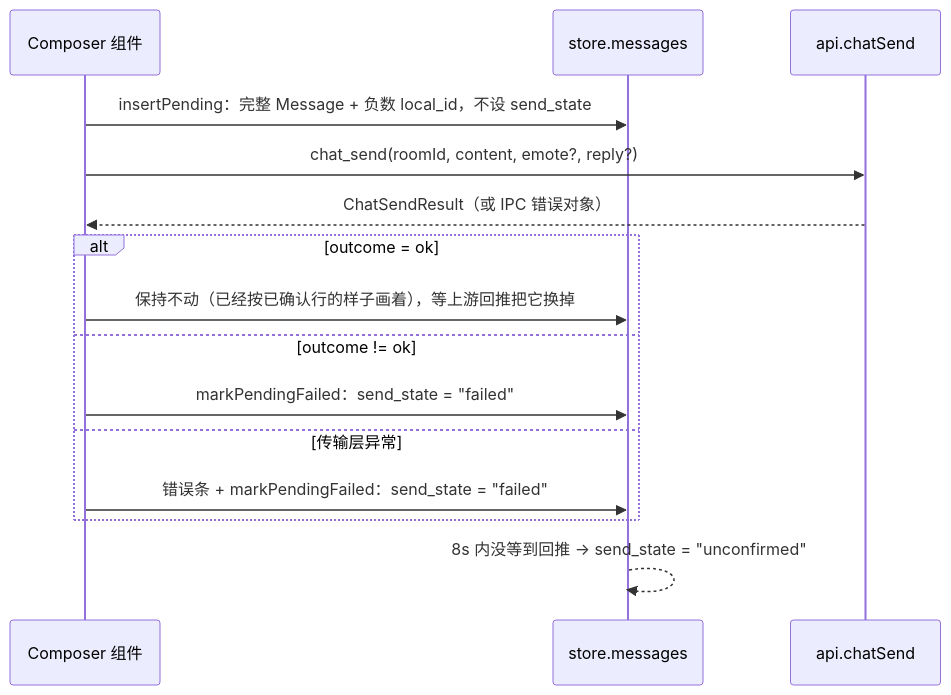
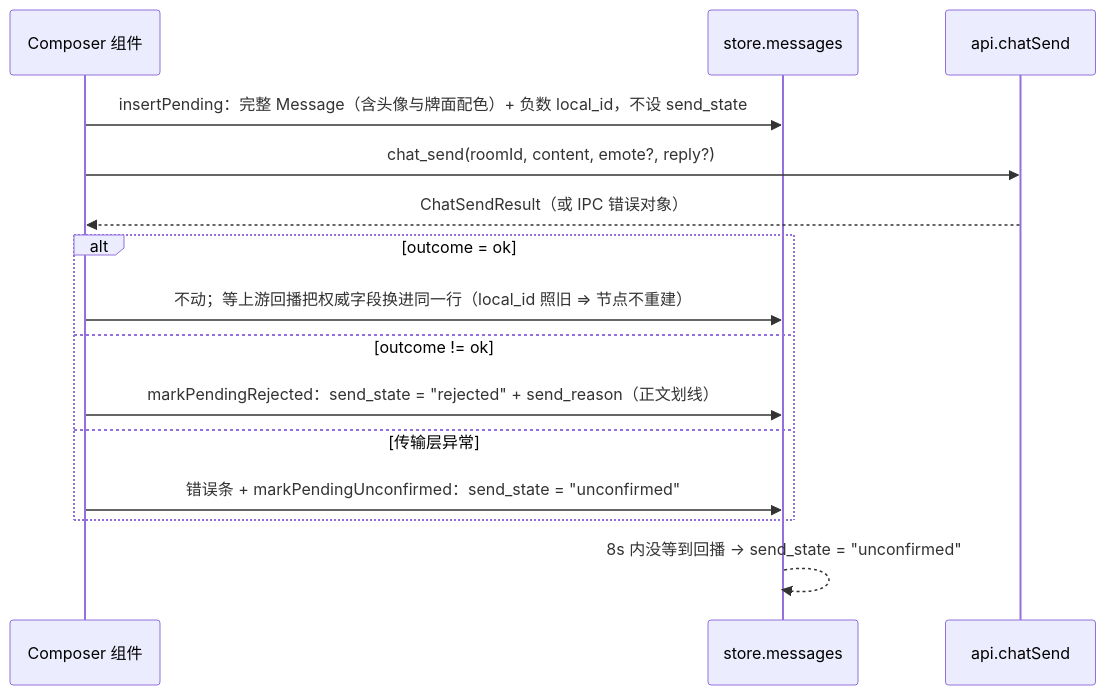
Before and after one commit to HakaseZ/danmubox: the diagram in docs/ipc.md, drawn with Mermaid. The commit also changed other lines of this file and 12 other files, not shown here.

````diff
--- a/docs/ipc.md
+++ b/docs/ipc.md
@@ -455,17 +460,17 @@
 ```mermaid
 sequenceDiagram
   participant C as Composer 组件
   participant S as store.messages
   participant A as api.chatSend
-  C->>S: insertPending：完整 Message + 负数 local_id，不设 send_state
+  C->>S: insertPending：完整 Message（含头像与牌面配色）+ 负数 local_id，不设 send_state
   C->>A: chat_send(roomId, content, emote?, reply?)
   A-->>C: ChatSendResult（或 IPC 错误对象）
   alt outcome = ok
-    C->>S: 保持不动（已经按已确认行的样子画着），等上游回推把它换掉
+    C->>S: 不动；等上游回播把权威字段换进同一行（local_id 照旧 ⇒ 节点不重建）
   else outcome != ok
-    C->>S: markPendingFailed：send_state = "failed"
+    C->>S: markPendingRejected：send_state = "rejected" + send_reason（正文划线）
   else 传输层异常
-    C->>S: 错误条 + markPendingFailed：send_state = "failed"
+    C->>S: 错误条 + markPendingUnconfirmed：send_state = "unconfirmed"
   end
-  S-->>S: 8s 内没等到回推 → send_state = "unconfirmed"
+  S-->>S: 8s 内没等到回播 → send_state = "unconfirmed"
 ```
````
